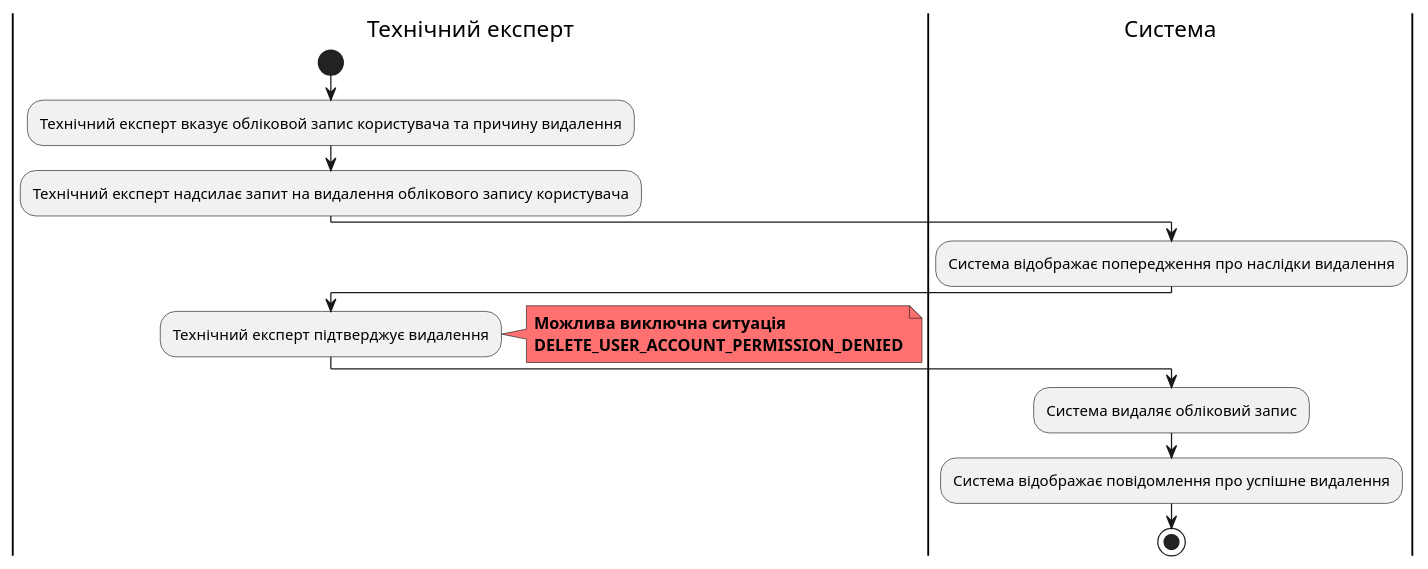
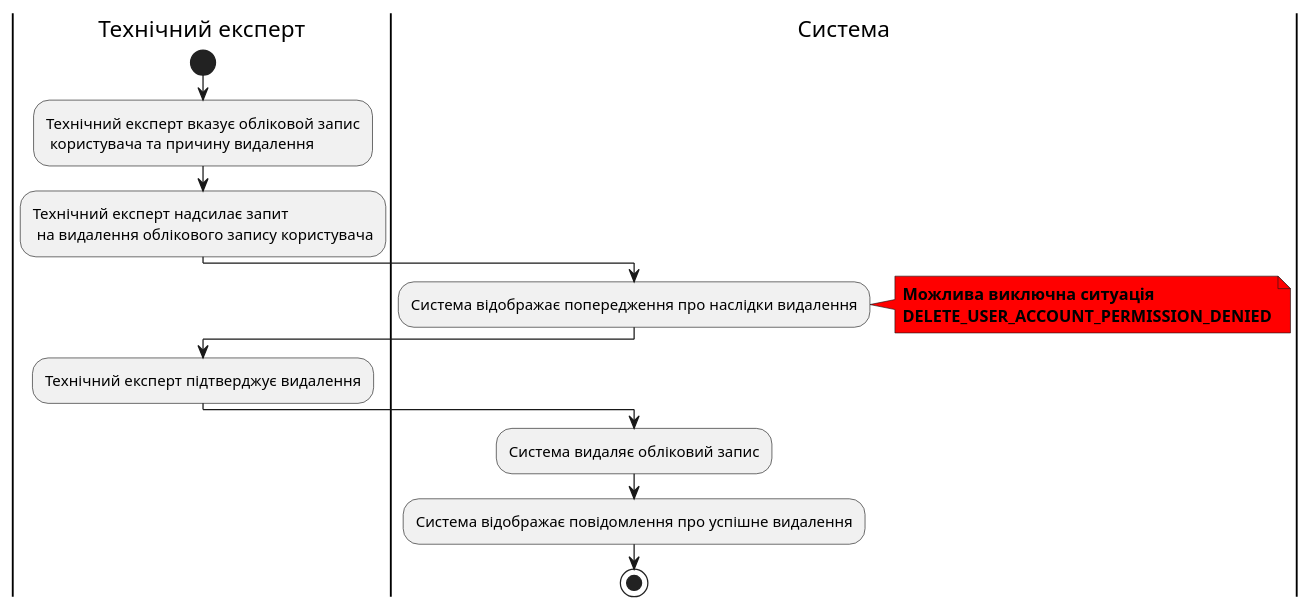
Before and after one commit to zhkcll/lab6: diagram 14 of 14 in docs/use_cases.md, drawn with PlantUML. The commit also changed other lines of this file, not shown here.

````diff
--- a/docs/use_cases.md
+++ b/docs/use_cases.md
@@ -504,23 +527,23 @@
 ```plantuml
 @startuml
 
 |Технічний експерт|
 start
-:Технічний експерт вказує обліковой запис користувача та причину видалення;
-:Технічний експерт надсилає запит на видалення облікового запису користувача;
+:Технічний експерт вказує обліковой запис\n користувача та причину видалення;
+:Технічний експерт надсилає запит\n на видалення облікового запису користувача;
 |Система|
 :Система відображає попередження про наслідки видалення;
-|Технічний експерт|
-:Технічний експерт підтверджує видалення;
-note right #ff7070
+note right #ff0000
 <b>Можлива виключна ситуація</b>
 <b>DELETE_USER_ACCOUNT_PERMISSION_DENIED</b>
 end note
+|Технічний експерт|
+:Технічний експерт підтверджує видалення;
 |Система|
 :Система видаляє обліковий запис;
 :Система відображає повідомлення про успішне видалення;
 stop
 
 @enduml
 
 ```
````
